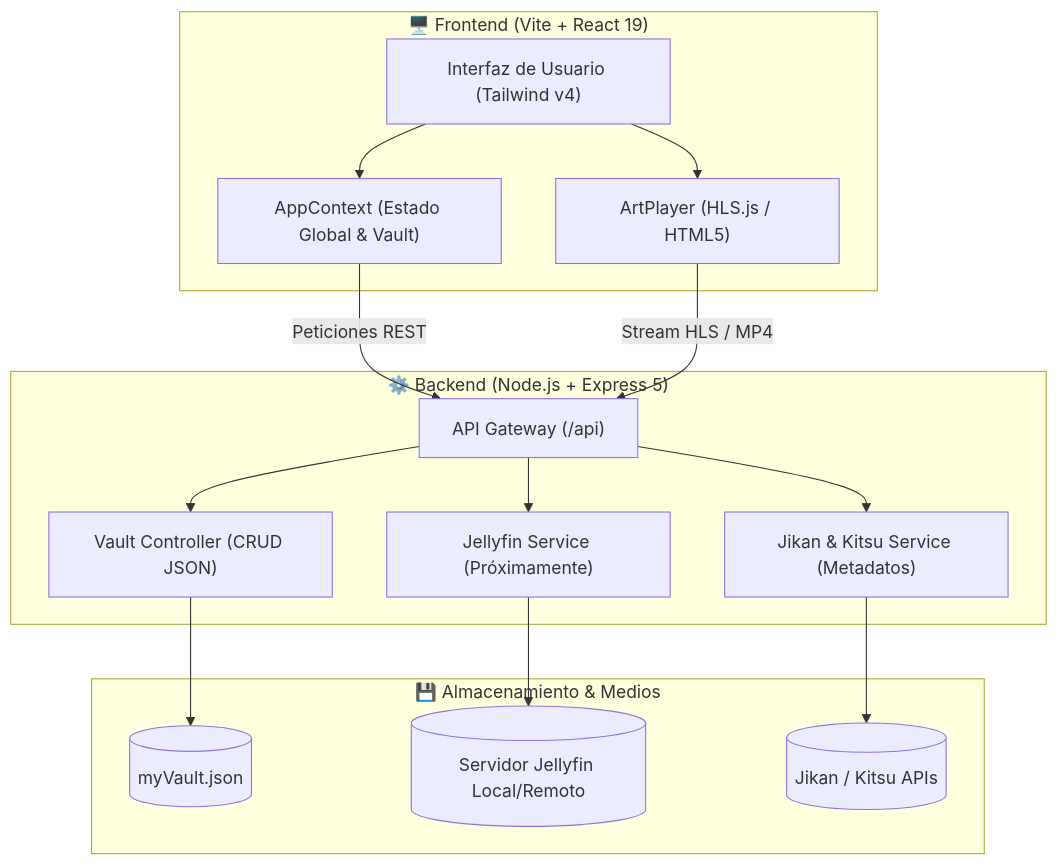
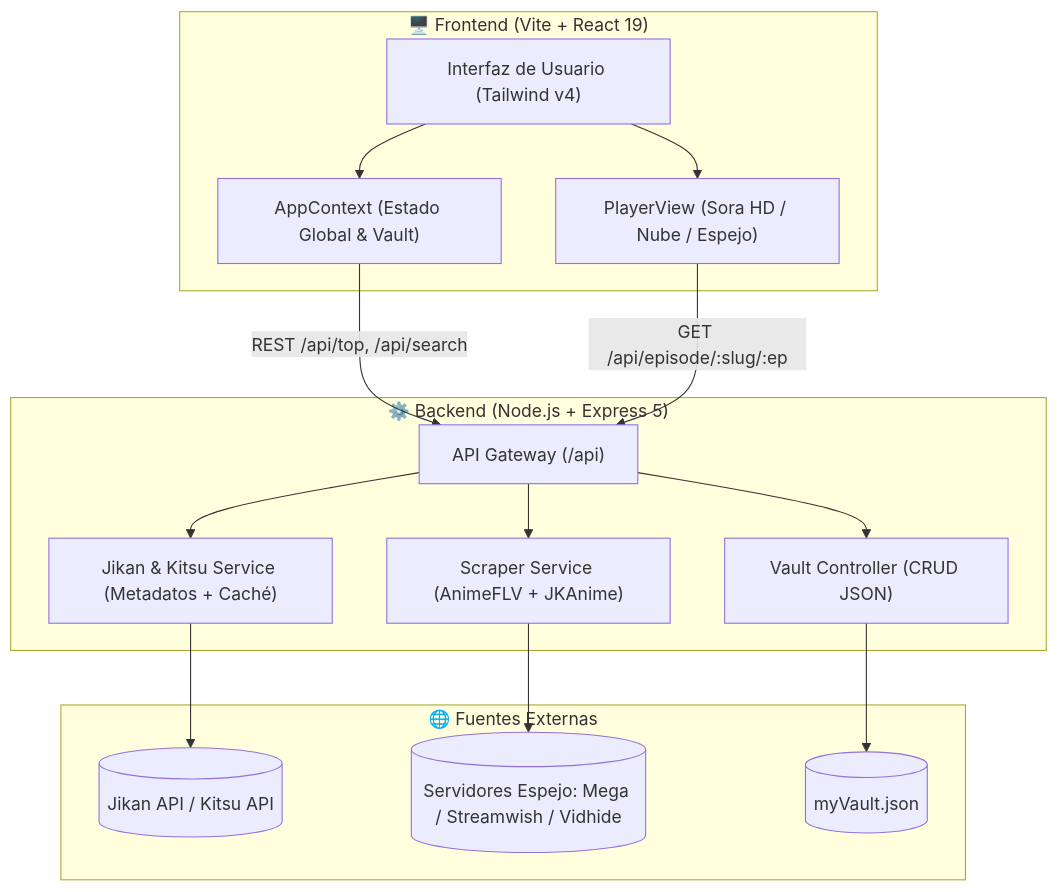
One commit to danilo323/Anime_Sora changed the diagram in README.md. Above: the diagram before and after it, drawn with Mermaid. The commit also changed other lines of this file and 8 other files, not shown here.

Commit message:
feat: restaurar Camino 1 con extractor de servidores espejo (AnimeFLV/JKAnime) y reproductor Sora HD/Nube/Espejo

````diff
--- a/README.md
+++ b/README.md
@@ -42,34 +39,34 @@
 ```mermaid
 flowchart TD
     subgraph Cliente ["🖥️ Frontend (Vite + React 19)"]
         UI["Interfaz de Usuario (Tailwind v4)"]
-        VaultContext["AppContext (Estado Global & Vault)"]
-        ArtPlayerComp["ArtPlayer (HLS.js / HTML5)"]
+        AppContext["AppContext (Estado Global & Vault)"]
+        PlayerView["PlayerView (Sora HD / Nube / Espejo)"]
     end
 
     subgraph Servidor ["⚙️ Backend (Node.js + Express 5)"]
         Router["API Gateway (/api)"]
-        JikanSvc["Jikan & Kitsu Service (Metadatos)"]
+        JikanSvc["Jikan & Kitsu Service (Metadatos + Caché)"]
+        ScraperSvc["Scraper Service (AnimeFLV + JKAnime)"]
         VaultCtrl["Vault Controller (CRUD JSON)"]
-        JellyfinSvc["Jellyfin Service (Próximamente)"]
     end
 
-    subgraph Persistencia ["💾 Almacenamiento & Medios"]
+    subgraph Fuentes ["🌐 Fuentes Externas"]
+        MAL[("Jikan API / Kitsu API")]
+        MirrorServers[("Servidores Espejo: Mega / Streamwish / Vidhide")]
         VaultDB[("myVault.json")]
-        JellyfinServer[("Servidor Jellyfin Local/Remoto")]
-        ExternalAPIs[("Jikan / Kitsu APIs")]
     end
 
-    UI --> VaultContext
-    UI --> ArtPlayerComp
-    VaultContext -->|Peticiones REST| Router
-    ArtPlayerComp -->|Stream HLS / MP4| Router
+    UI --> AppContext
+    UI --> PlayerView
+    AppContext -->|REST /api/top, /api/search| Router
+    PlayerView -->|GET /api/episode/:slug/:ep| Router
 
     Router --> JikanSvc
+    Router --> ScraperSvc
     Router --> VaultCtrl
-    Router --> JellyfinSvc
 
-    JikanSvc --> ExternalAPIs
+    JikanSvc --> MAL
+    ScraperSvc --> MirrorServers
     VaultCtrl --> VaultDB
-    JellyfinSvc --> JellyfinServer
 ```
````
